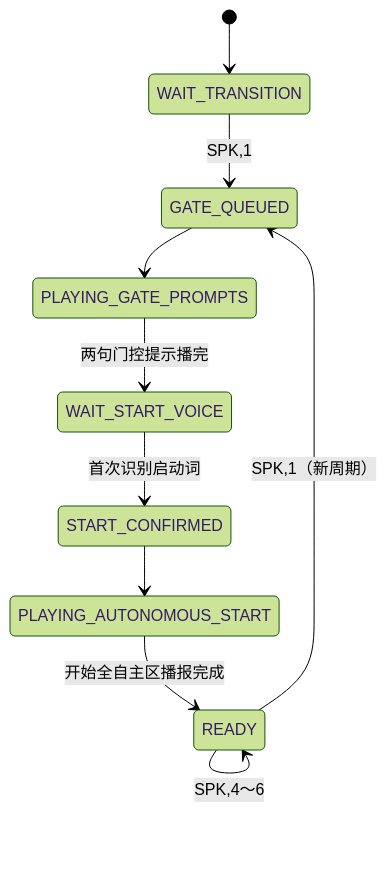
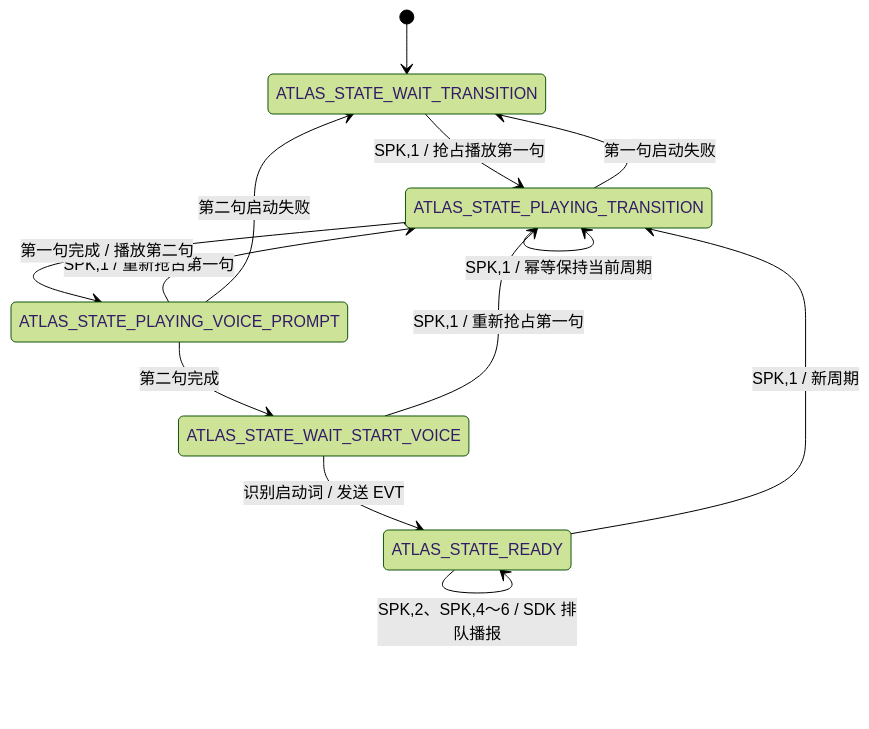
The first of 2 diagrams in Atlas/docs/Atlas_MCU_ASRPro.md (AgroTech-SCAU/Steering-Wheel-Chassis), drawn with Mermaid (forest theme) before and after one commit. The commit also changed other lines of this file and 14 other files, not shown here.

````diff
--- a/Atlas/docs/Atlas_MCU_ASRPro.md
+++ b/Atlas/docs/Atlas_MCU_ASRPro.md
@@ -223,16 +75,18 @@
 ```mermaid
 stateDiagram-v2
-    [*] --> WAIT_TRANSITION
+    [*] --> ATLAS_STATE_WAIT_TRANSITION
 
-    WAIT_TRANSITION --> GATE_QUEUED: SPK,1
-    READY --> GATE_QUEUED: SPK,1（新周期）
+    ATLAS_STATE_WAIT_TRANSITION --> ATLAS_STATE_PLAYING_TRANSITION: SPK,1 / 抢占播放第一句
+    ATLAS_STATE_PLAYING_TRANSITION --> ATLAS_STATE_PLAYING_TRANSITION: SPK,1 / 幂等保持当前周期
+    ATLAS_STATE_PLAYING_VOICE_PROMPT --> ATLAS_STATE_PLAYING_TRANSITION: SPK,1 / 重新抢占第一句
+    ATLAS_STATE_WAIT_START_VOICE --> ATLAS_STATE_PLAYING_TRANSITION: SPK,1 / 重新抢占第一句
+    ATLAS_STATE_READY --> ATLAS_STATE_PLAYING_TRANSITION: SPK,1 / 新周期
 
-    GATE_QUEUED --> PLAYING_GATE_PROMPTS
-    PLAYING_GATE_PROMPTS --> WAIT_START_VOICE: 两句门控提示播完
+    ATLAS_STATE_PLAYING_TRANSITION --> ATLAS_STATE_PLAYING_VOICE_PROMPT: 第一句完成 / 播放第二句
+    ATLAS_STATE_PLAYING_TRANSITION --> ATLAS_STATE_WAIT_TRANSITION: 第一句启动失败
+    ATLAS_STATE_PLAYING_VOICE_PROMPT --> ATLAS_STATE_WAIT_TRANSITION: 第二句启动失败
+    ATLAS_STATE_PLAYING_VOICE_PROMPT --> ATLAS_STATE_WAIT_START_VOICE: 第二句完成
 
-    WAIT_START_VOICE --> START_CONFIRMED: 首次识别启动词
-    START_CONFIRMED --> PLAYING_AUTONOMOUS_START
-    PLAYING_AUTONOMOUS_START --> READY: 开始全自主区播报完成
-
-    READY --> READY: SPK,4～6
+    ATLAS_STATE_WAIT_START_VOICE --> ATLAS_STATE_READY: 识别启动词 / 发送 EVT
+    ATLAS_STATE_READY --> ATLAS_STATE_READY: SPK,2、SPK,4～6 / SDK 排队播报
 ```
````
